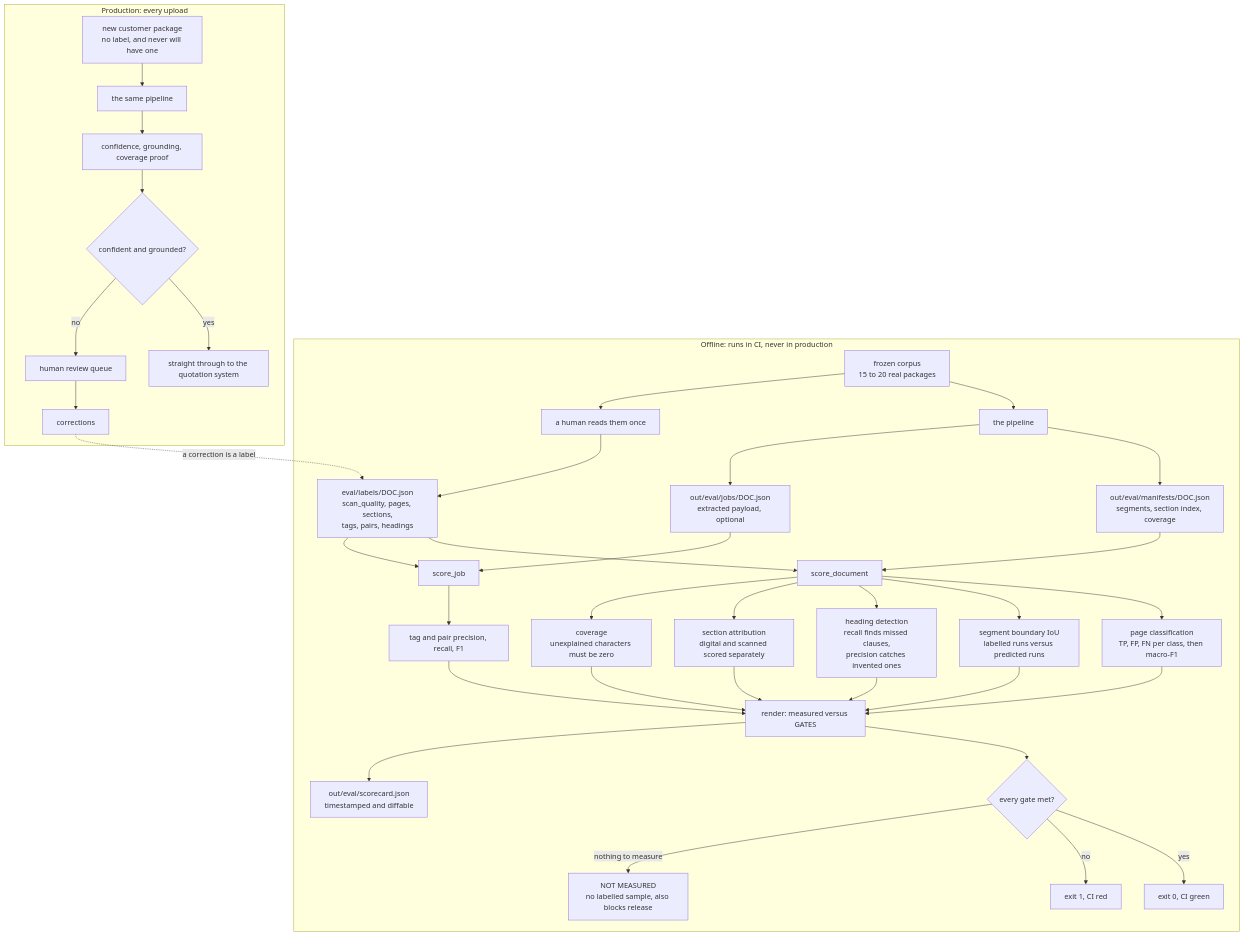
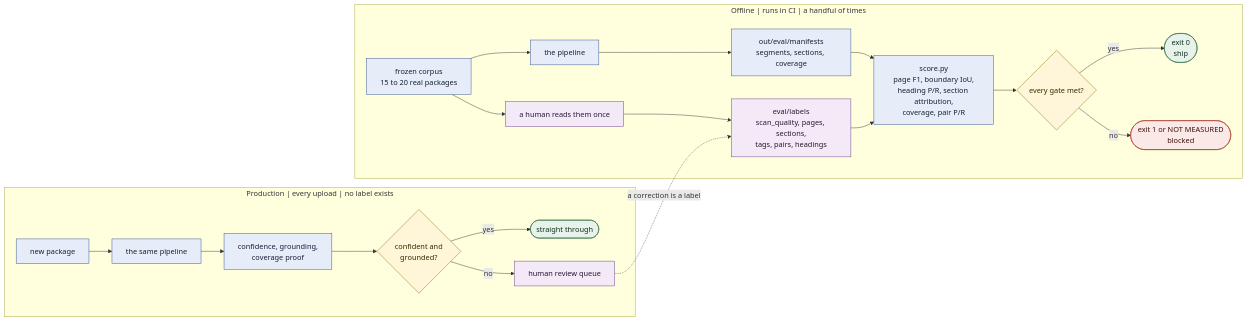
One commit to strudel0209/goselectcopilot-pipeline changed the second of 2 diagrams in README.md. Above: the diagram before and after it, drawn with Mermaid. The commit also changed other lines of this file, not shown here.

Commit message:
README: redraw both diagrams
Left-to-right instead of top-down, which suits a pipeline and removes most edge
crossings. Node count down from 25 to 16 and 27 to 15 by merging steps that are
never separately interesting. Colour coding distinguishes deterministic stages
from the ones that call a model, so the single most important property of the
design is visible at a glance.

````diff
--- a/README.md
+++ b/README.md
@@ -411,98 +376,46 @@
 ```mermaid
-flowchart TD
-    PDFS["frozen corpus<br/>15 to 20 real packages"]
-    PIPE["the pipeline"]
-    MF["out/eval/manifests/DOC.json<br/>segments, section index, coverage"]
-    JB["out/eval/jobs/DOC.json<br/>extracted payload, optional"]
-    HUMAN["a human reads them once"]
-    LB["eval/labels/DOC.json<br/>scan_quality, pages, sections,<br/>tags, pairs, headings"]
-    SD["score_document"]
-    SJ["score_job"]
-    M1["page classification<br/>TP, FP, FN per class, then macro-F1"]
-    M2["segment boundary IoU<br/>labelled runs versus predicted runs"]
-    M3["heading detection<br/>recall finds missed clauses,<br/>precision catches invented ones"]
-    M4["section attribution<br/>digital and scanned scored separately"]
-    M5["coverage<br/>unexplained characters must be zero"]
-    M6["tag and pair precision, recall, F1"]
-    RENDER["render: measured versus GATES"]
-    VERDICT{"every gate met?"}
-    PASSED["exit 0, CI green"]
-    FAILED["exit 1, CI red"]
-    NM["NOT MEASURED<br/>no labelled sample, also blocks release"]
-    CARD["out/eval/scorecard.json<br/>timestamped and diffable"]
-    NEW["new customer package<br/>no label, and never will have one"]
-    RUN["the same pipeline"]
-    SIG["confidence, grounding, coverage proof"]
-    GATE{"confident and grounded?"}
-    GS["straight through to the quotation system"]
-    RQ["human review queue"]
-    CORR["corrections"]
+flowchart LR
+    classDef off fill:#e7edf8,stroke:#33518a,color:#141f36,stroke-width:1px
+    classDef human fill:#f3e9f7,stroke:#6b3b86,color:#2b1636,stroke-width:1px
+    classDef gate fill:#fff6d9,stroke:#8a6d00,color:#332800,stroke-width:1px
+    classDef good fill:#e6f2ea,stroke:#2f6b46,color:#10301f,stroke-width:1px
+    classDef bad fill:#fbe9e7,stroke:#a33227,color:#3d100b,stroke-width:1px
 
-    subgraph OFFLINE["Offline: runs in CI, never in production"]
-        PDFS
-        PIPE
-        MF
-        JB
-        HUMAN
-        LB
-        SD
-        SJ
-        M1
-        M2
-        M3
-        M4
-        M5
-        M6
-        RENDER
-        VERDICT
-        PASSED
-        FAILED
-        NM
-        CARD
+    subgraph OFF["Offline | runs in CI | a handful of times"]
+        CORPUS["frozen corpus<br/>15 to 20 real packages"]:::off
+        PIPE1["the pipeline"]:::off
+        MANI["out/eval/manifests<br/>segments, sections, coverage"]:::off
+        READ["a human reads them once"]:::human
+        LABELS["eval/labels<br/>scan_quality, pages, sections,<br/>tags, pairs, headings"]:::human
+        SCORE["score.py<br/>page F1, boundary IoU,<br/>heading P/R, section attribution,<br/>coverage, pair P/R"]:::off
+        VERD{"every gate met?"}:::gate
+        PASS(["exit 0<br/>ship"]):::good
+        STOP(["exit 1 or NOT MEASURED<br/>blocked"]):::bad
     end
 
-    subgraph PROD["Production: every upload"]
-        NEW
-        RUN
-        SIG
-        GATE
-        GS
-        RQ
-        CORR
+    subgraph PROD["Production | every upload | no label exists"]
+        NEW["new package"]:::off
+        PIPE2["the same pipeline"]:::off
+        SIG["confidence, grounding,<br/>coverage proof"]:::off
+        CONF{"confident and<br/>grounded?"}:::gate
+        THRU(["straight through"]):::good
+        REVQ["human review queue"]:::human
     end
 
-    PDFS --> PIPE
-    PIPE --> MF
-    PIPE --> JB
-    PDFS --> HUMAN
-    HUMAN --> LB
-    MF --> SD
-    LB --> SD
-    LB --> SJ
-    JB --> SJ
-    SD --> M1
-    SD --> M2
-    SD --> M3
-    SD --> M4
-    SD --> M5
-    SJ --> M6
-    M1 --> RENDER
-    M2 --> RENDER
-    M3 --> RENDER
-    M4 --> RENDER
-    M5 --> RENDER
-    M6 --> RENDER
-    RENDER --> VERDICT
-    RENDER --> CARD
-    VERDICT -->|yes| PASSED
-    VERDICT -->|no| FAILED
-    VERDICT -->|nothing to measure| NM
+    CORPUS --> PIPE1
+    CORPUS --> READ
+    PIPE1 --> MANI
+    READ --> LABELS
+    MANI --> SCORE
+    LABELS --> SCORE
+    SCORE --> VERD
+    VERD -->|yes| PASS
+    VERD -->|no| STOP
 
-    NEW --> RUN
-    RUN --> SIG
-    SIG --> GATE
-    GATE -->|yes| GS
-    GATE -->|no| RQ
-    RQ --> CORR
-    CORR -.->|a correction is a label| LB
+    NEW --> PIPE2
+    PIPE2 --> SIG
+    SIG --> CONF
+    CONF -->|yes| THRU
+    CONF -->|no| REVQ
+    REVQ -.->|a correction is a label| LABELS
 ```
````
